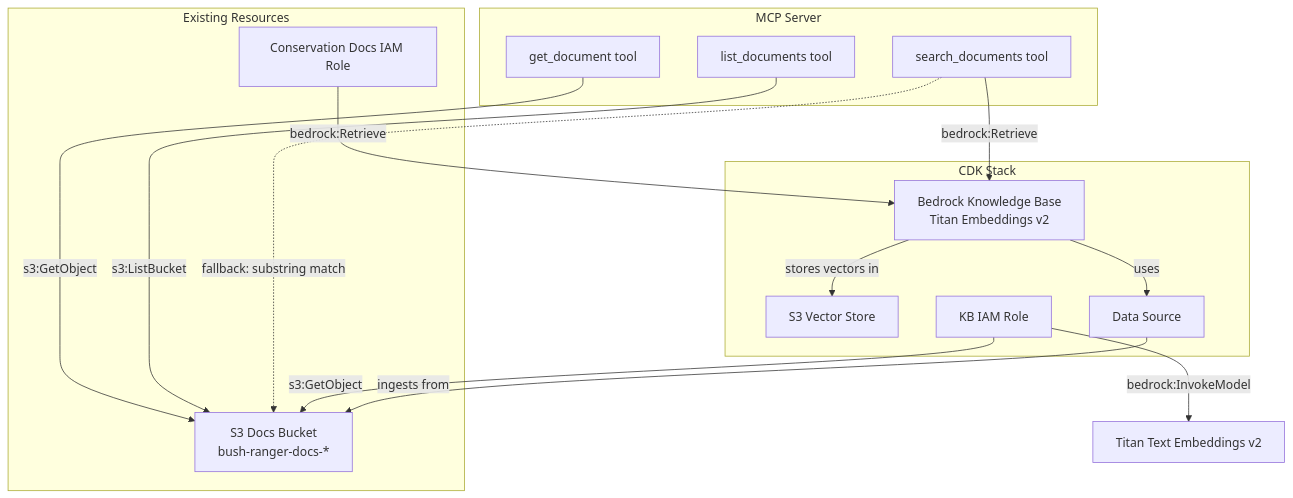
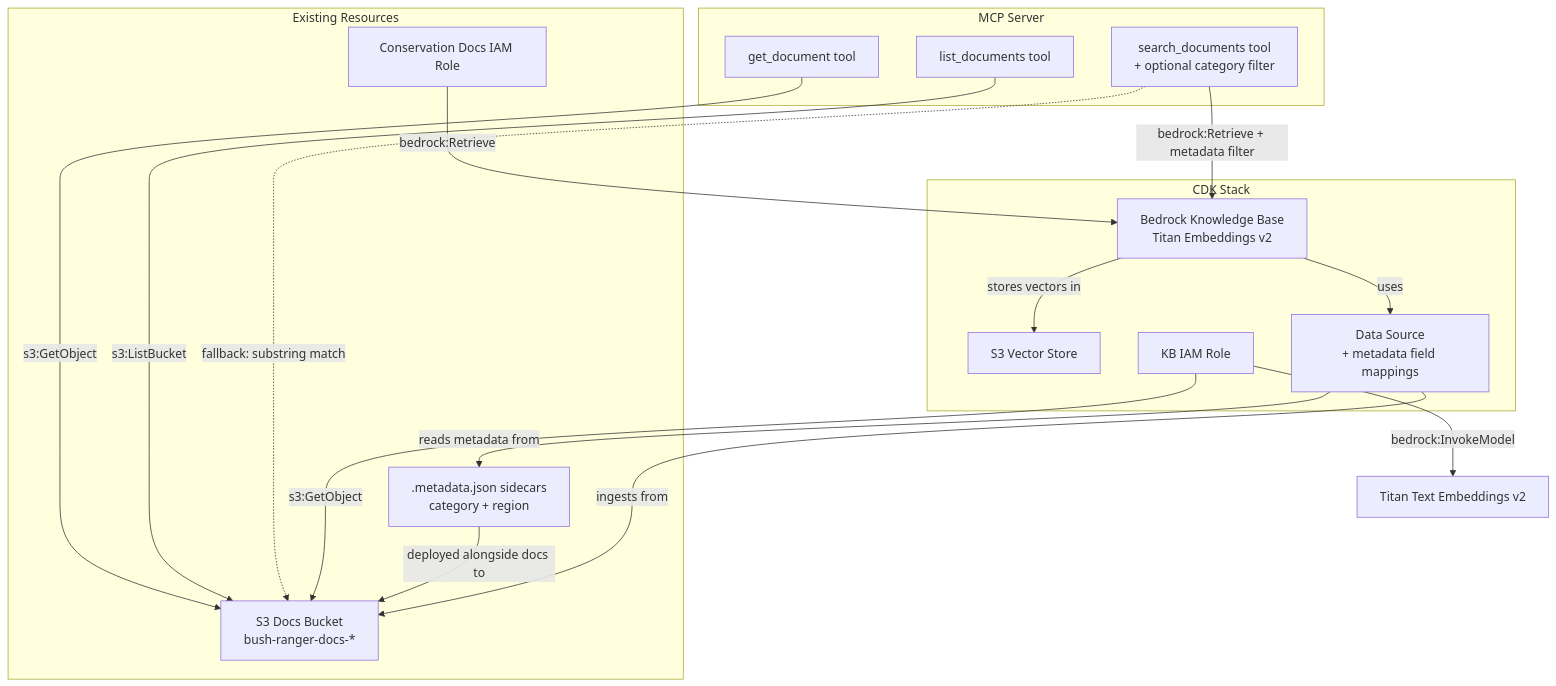
The diagram in .kiro/specs/bedrock-knowledge-base/design.md (SimonDdraig/kiro-agentcore-mcp), drawn with Mermaid before and after one commit. The commit also changed other lines of this file and 36 other files, not shown here.

Commit message:
kiro - added metadata to categorise documents being used for KB

````diff
--- a/.kiro/specs/bedrock-knowledge-base/design.md
+++ b/.kiro/specs/bedrock-knowledge-base/design.md
@@ -9,32 +11,35 @@
 ```mermaid
 graph TD
     subgraph CDK Stack
         KB[Bedrock Knowledge Base<br/>Titan Embeddings v2]
         VS[S3 Vector Store]
-        DS[Data Source]
+        DS[Data Source<br/>+ metadata field mappings]
         KBRole[KB IAM Role]
     end
 
     subgraph Existing Resources
         DocsBucket[S3 Docs Bucket<br/>bush-ranger-docs-*]
+        MetadataFiles[.metadata.json sidecars<br/>category + region]
         DocsRole[Conservation Docs IAM Role]
     end
 
     subgraph MCP Server
-        SearchTool[search_documents tool]
+        SearchTool[search_documents tool<br/>+ optional category filter]
         ListTool[list_documents tool]
         GetTool[get_document tool]
     end
 
     DS -->|ingests from| DocsBucket
+    DS -->|reads metadata from| MetadataFiles
+    MetadataFiles -->|deployed alongside docs to| DocsBucket
     KB -->|stores vectors in| VS
     KB -->|uses| DS
     KBRole -->|s3:GetObject| DocsBucket
     KBRole -->|bedrock:InvokeModel| TitanModel[Titan Text Embeddings v2]
 
-    SearchTool -->|bedrock:Retrieve| KB
+    SearchTool -->|bedrock:Retrieve + metadata filter| KB
     SearchTool -.->|fallback: substring match| DocsBucket
     ListTool -->|s3:ListBucket| DocsBucket
     GetTool -->|s3:GetObject| DocsBucket
     DocsRole -->|bedrock:Retrieve| KB
 ```
````
